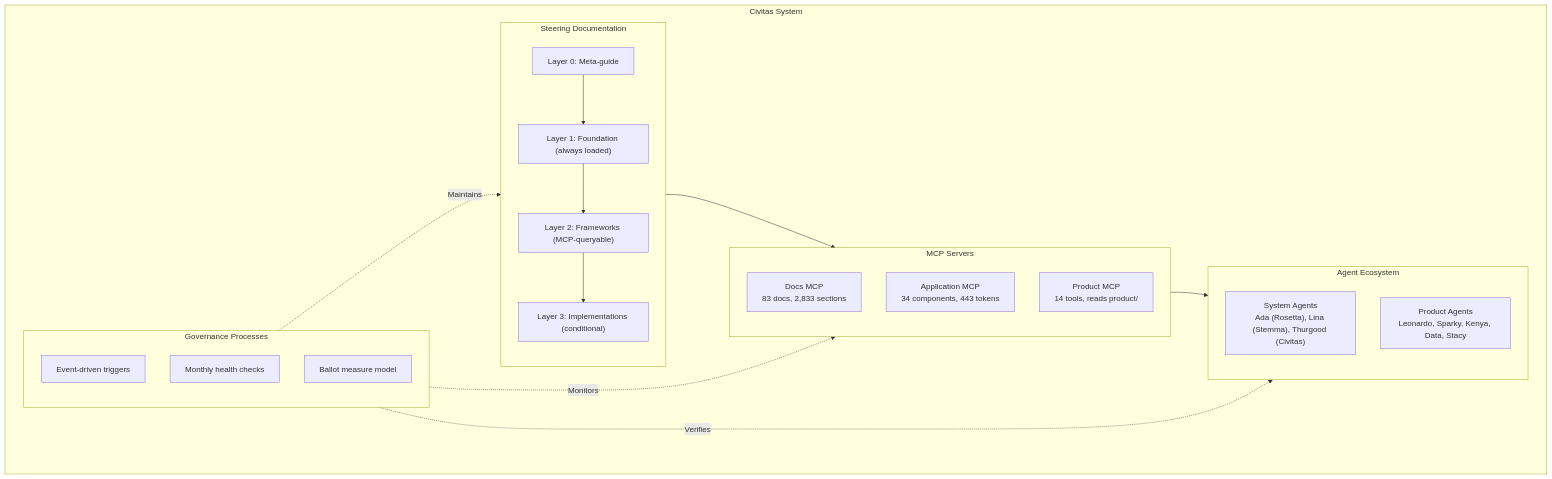
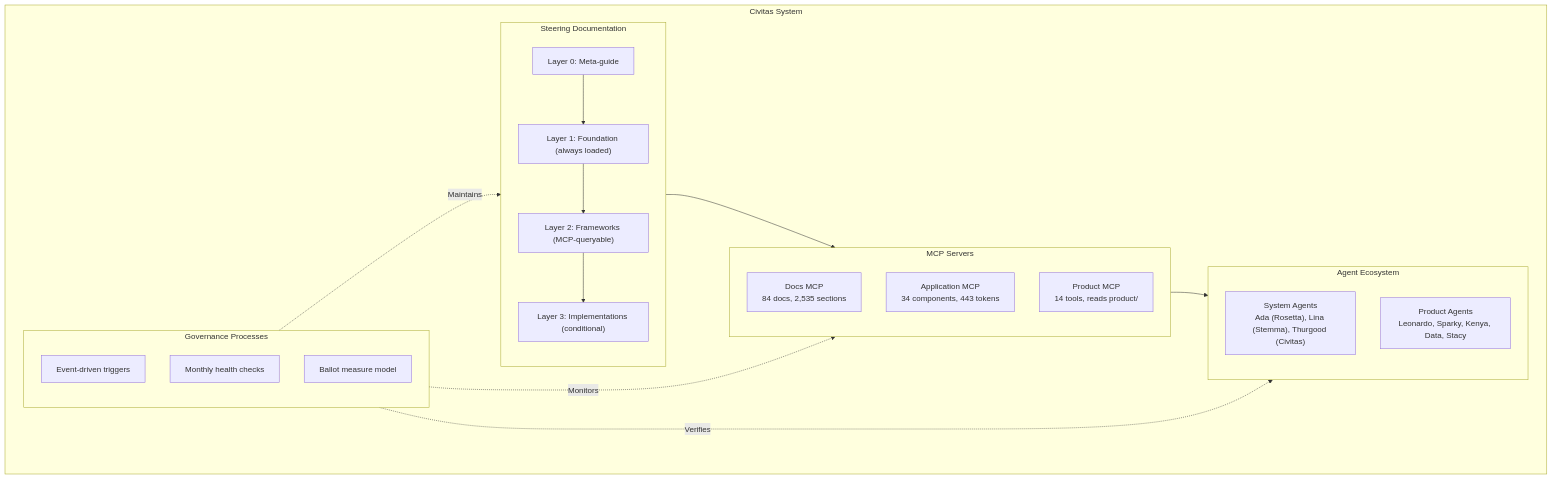
The fourth of 6 diagrams in .kiro/steering/DesignerPunk-Systems-Overview.md (3fn/DesignerPunk), drawn with Mermaid before and after one commit. The commit also changed other lines of this file and 13 other files, not shown here.

````diff
--- a/.kiro/steering/DesignerPunk-Systems-Overview.md
+++ b/.kiro/steering/DesignerPunk-Systems-Overview.md
@@ -166,35 +166,35 @@
 ```mermaid
 flowchart TB
     subgraph Civitas["Civitas System"]
         subgraph Docs["Steering Documentation"]
             L0["Layer 0: Meta-guide"]
             L1["Layer 1: Foundation (always loaded)"]
             L2["Layer 2: Frameworks (MCP-queryable)"]
             L3["Layer 3: Implementations (conditional)"]
             L0 --> L1 --> L2 --> L3
         end
 
         subgraph MCPs["MCP Servers"]
-            DocsMCP["Docs MCP<br/>83 docs, 2,833 sections"]
+            DocsMCP["Docs MCP<br/>84 docs, 2,535 sections"]
             AppMCP["Application MCP<br/>34 components, 443 tokens"]
             ProdMCP["Product MCP<br/>14 tools, reads product/"]
         end
 
         subgraph Agents["Agent Ecosystem"]
             Sys["System Agents<br/>Ada (Rosetta), Lina (Stemma), Thurgood (Civitas)"]
             Prod["Product Agents<br/>Leonardo, Sparky, Kenya, Data, Stacy"]
         end
 
         subgraph Governance["Governance Processes"]
             Triggers["Event-driven triggers"]
             Cadence["Monthly health checks"]
             Ballot["Ballot measure model"]
         end
     end
 
     Docs --> MCPs
     MCPs --> Agents
     Governance -.->|"Maintains"| Docs
     Governance -.->|"Monitors"| MCPs
     Governance -.->|"Verifies"| Agents
 ```
````
